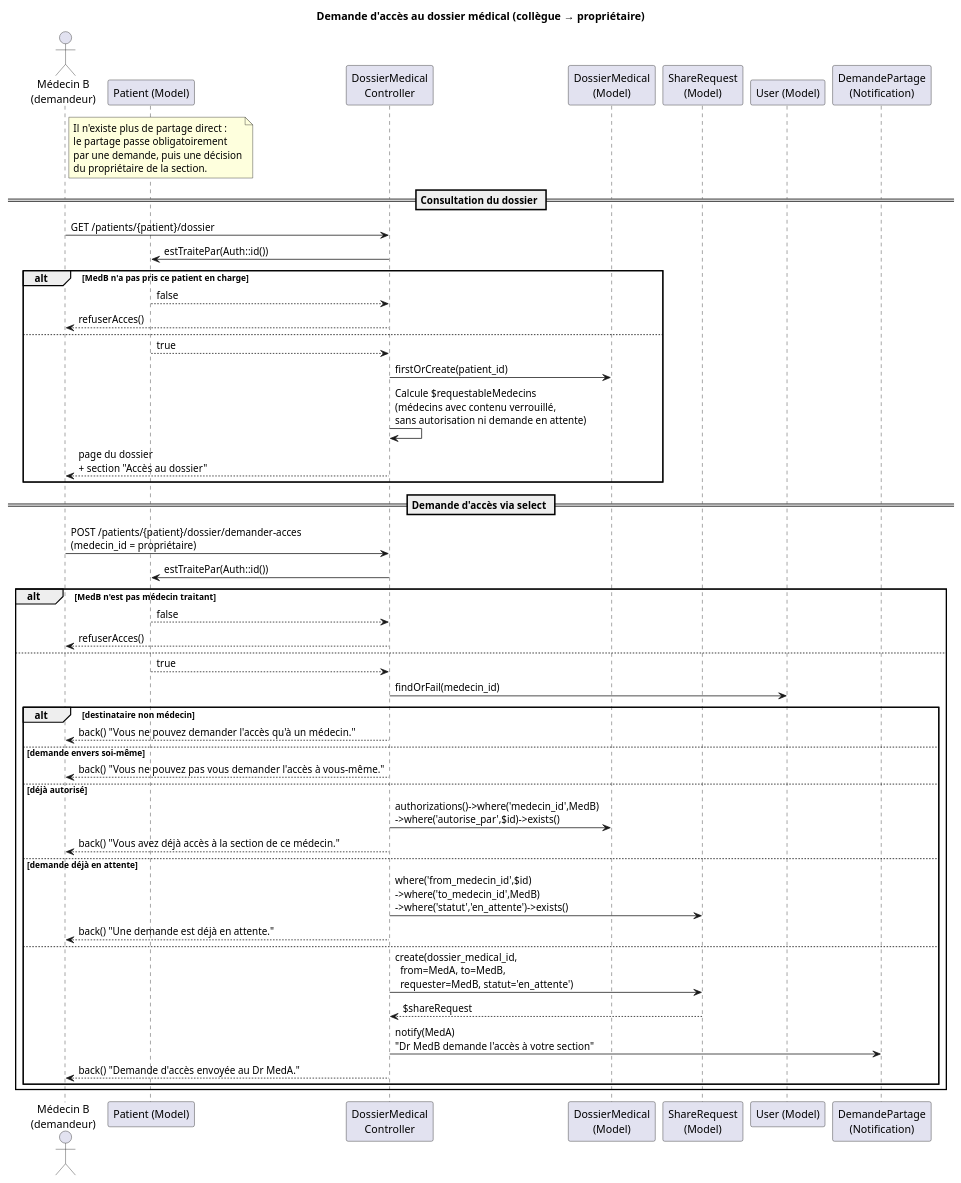
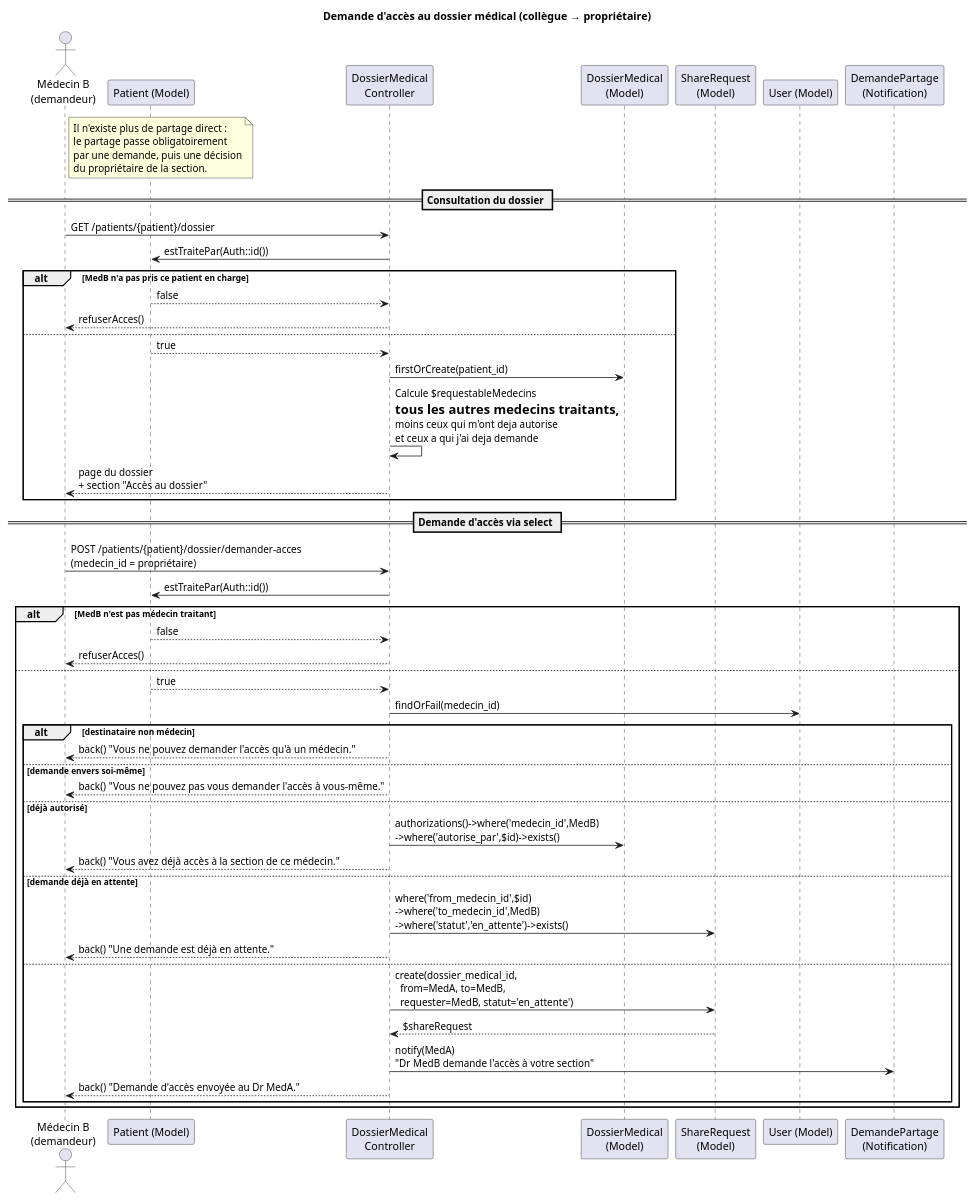
Before and after one commit to mohamedyassinekhiari45-lgtm/medicalegestion: the diagram in docs/sequence/06-demande-acces.puml, drawn with PlantUML. The commit also changed 3 other files, not shown here.

```diff
--- a/docs/sequence/06-demande-acces.puml
+++ b/docs/sequence/06-demande-acces.puml
@@ -1,60 +1,60 @@
 @startuml
 title Demande d'accès au dossier médical (collègue → propriétaire)
 
 actor "Médecin B\n(demandeur)" as MedB
 participant "Patient (Model)" as PatM
 participant "DossierMedical\nController" as DMC
 participant "DossierMedical\n(Model)" as DM
 participant "ShareRequest\n(Model)" as SR
 participant "User (Model)" as UserM
 participant "DemandePartage\n(Notification)" as NotifDP
 
 note right of MedB
   Il n'existe plus de partage direct :
   le partage passe obligatoirement
   par une demande, puis une décision
   du propriétaire de la section.
 end note
 
 == Consultation du dossier ==
 MedB -> DMC: GET /patients/{patient}/dossier
 DMC -> PatM: estTraitePar(Auth::id())
 alt MedB n'a pas pris ce patient en charge
     PatM --> DMC: false
     DMC --> MedB: refuserAcces()
 else
     PatM --> DMC: true
     DMC -> DM: firstOrCreate(patient_id)
-    DMC -> DMC: Calcule $requestableMedecins\n(médecins avec contenu verrouillé,\nsans autorisation ni demande en attente)
+    DMC -> DMC: Calcule $requestableMedecins\n= tous les autres medecins traitants,\nmoins ceux qui m'ont deja autorise\net ceux a qui j'ai deja demande
     DMC --> MedB: page du dossier\n+ section "Accès au dossier"
 end
 
 == Demande d'accès via select ==
 MedB -> DMC: POST /patients/{patient}/dossier/demander-acces\n(medecin_id = propriétaire)
 
 DMC -> PatM: estTraitePar(Auth::id())
 alt MedB n'est pas médecin traitant
     PatM --> DMC: false
     DMC --> MedB: refuserAcces()
 else
     PatM --> DMC: true
     DMC -> UserM: findOrFail(medecin_id)
     alt destinataire non médecin
         DMC --> MedB: back() "Vous ne pouvez demander l'accès qu'à un médecin."
     else demande envers soi-même
         DMC --> MedB: back() "Vous ne pouvez pas vous demander l'accès à vous-même."
     else déjà autorisé
         DMC -> DM: authorizations()->where('medecin_id',MedB)\n->where('autorise_par',$id)->exists()
         DMC --> MedB: back() "Vous avez déjà accès à la section de ce médecin."
     else demande déjà en attente
         DMC -> SR: where('from_medecin_id',$id)\n->where('to_medecin_id',MedB)\n->where('statut','en_attente')->exists()
         DMC --> MedB: back() "Une demande est déjà en attente."
     else
         DMC -> SR: create(dossier_medical_id,\n  from=MedA, to=MedB,\n  requester=MedB, statut='en_attente')
         SR --> DMC: $shareRequest
         DMC -> NotifDP: notify(MedA)\n"Dr MedB demande l'accès à votre section"
         DMC --> MedB: back() "Demande d'accès envoyée au Dr MedA."
     end
 end
 
 @enduml
```
